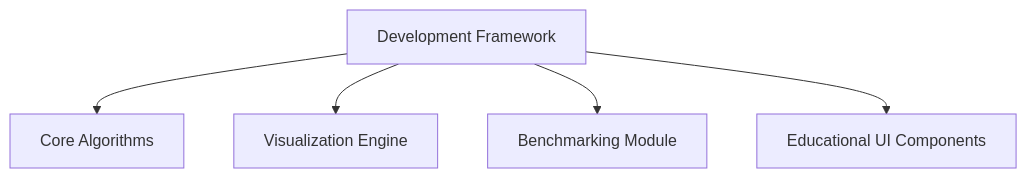
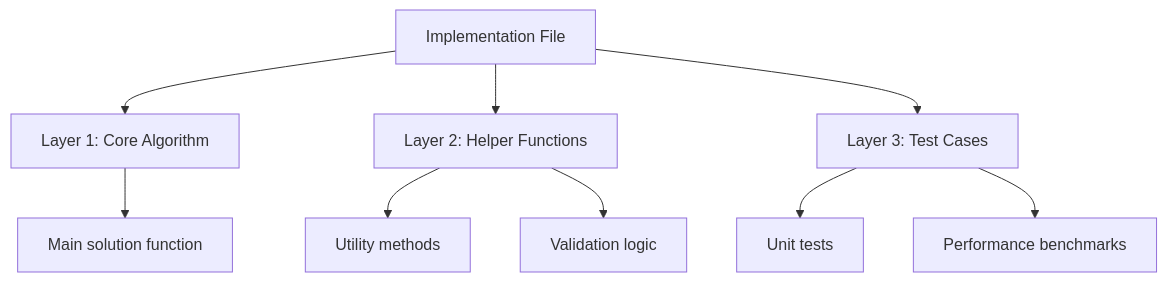
Before and after one commit to myoshi2891/Algorithm-DataStructures-Math-SQL: the tenth of 11 diagrams in README.md, drawn with Mermaid. The commit also changed other lines of this file, not shown here.

````diff
--- a/README.md
+++ b/README.md
@@ -110,7 +309,12 @@
 ```mermaid
 flowchart TD
-    A[Development Framework] --> B1[Core Algorithms]
-    A --> B2[Visualization Engine]
-    A --> B3[Benchmarking Module]
-    A --> B4[Educational UI Components]
+    File[Implementation File] --> Layer1[Layer 1: Core Algorithm]
+    File --> Layer2[Layer 2: Helper Functions]
+    File --> Layer3[Layer 3: Test Cases]
+    
+    Layer1 --> Main[Main solution function]
+    Layer2 --> Util[Utility methods]
+    Layer2 --> Valid[Validation logic]
+    Layer3 --> Unit[Unit tests]
+    Layer3 --> Perf[Performance benchmarks]
 ```
````
